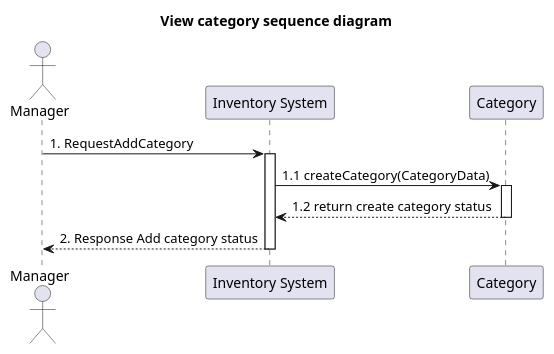
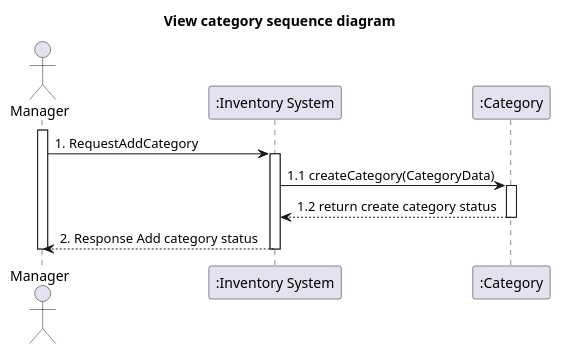
The diagram in system-analysis/sequence/_3_2_sequence-add-category.puml (billowdev/inventory-system-plantuml-sequelize-seeder-example), drawn with PlantUML before and after one commit. The commit also changed 22 other files, not shown here.

Commit message:
update sequence diagram and add overview sequence

```diff
--- a/system-analysis/sequence/_3_2_sequence-add-category.puml
+++ b/system-analysis/sequence/_3_2_sequence-add-category.puml
@@ -1,24 +1,27 @@
 @startuml
 'example
 title View category sequence diagram
 
 actor Manager as actorManager
-participant "Inventory System" as InventorySystem
-participant "Category" as classCategory
+participant ":Inventory System" as InventorySystem
+participant ":Category" as classCategory
 
+activate actorManager
 
 actorManager -> InventorySystem: 1. RequestAddCategory
 activate InventorySystem
 
 '-------------- START view product ---------------
 InventorySystem -> classCategory: 1.1 createCategory(CategoryData)
 activate classCategory
 
 classCategory --> InventorySystem: 1.2 return create category status
 deactivate classCategory
 
 InventorySystem --> actorManager : 2. Response Add category status
 
 deactivate InventorySystem
 
+deactivate actorManager
+
 @enduml
```
